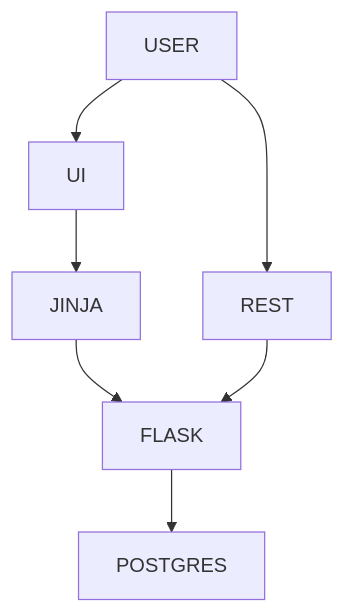
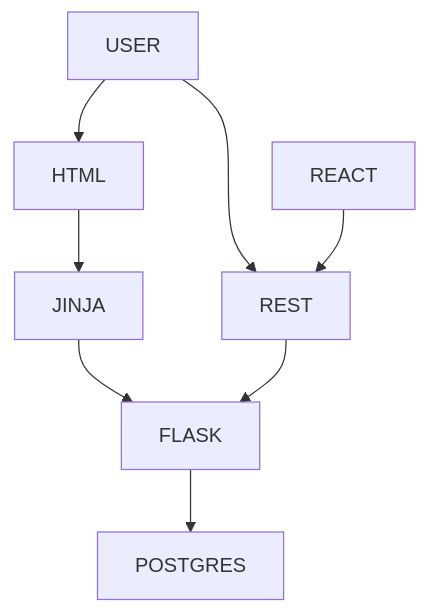
One commit to harpuna/scratch changed the first of 2 diagrams in README.md. Above: the diagram before and after it, drawn with Mermaid. The commit also changed other lines of this file and 12 other files, not shown here.

````diff
--- a/README.md
+++ b/README.md
@@ -7,9 +23,10 @@
 ```mermaid
 graph TD;
-    USER-->UI;
+    USER-->HTML;
     USER-->REST;
-    UI-->JINJA;
+    REACT-->REST;
+    HTML-->JINJA;
     JINJA-->FLASK;
     REST-->FLASK;
     FLASK-->POSTGRES;
 ```
````
